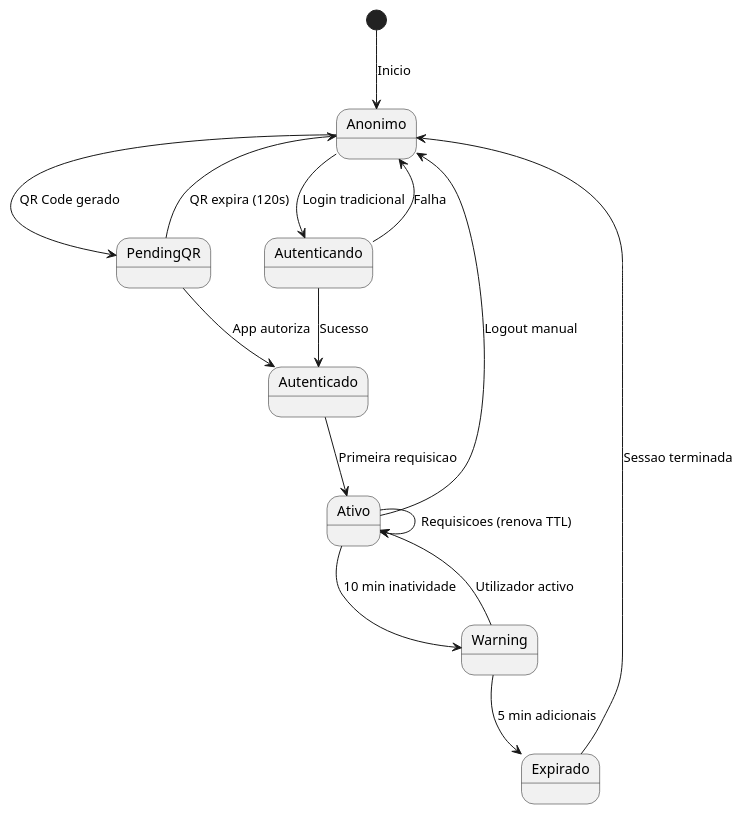
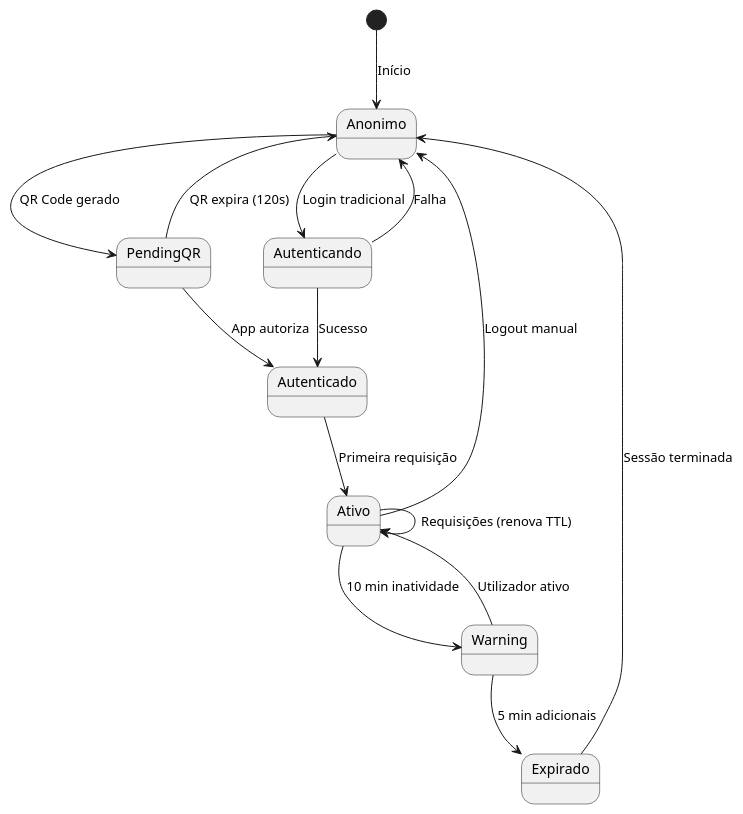
One commit to beduardo/novobanco_website_doc changed the seventh of 7 diagrams in current/definitions/DEF-05-autenticacao-oauth.md. Above: the diagram before and after it, drawn with PlantUML. The commit also changed other lines of this file and 182 other files, not shown here.

````diff
--- a/current/definitions/DEF-05-autenticacao-oauth.md
+++ b/current/definitions/DEF-05-autenticacao-oauth.md
@@ -428,18 +428,18 @@
 ```plantuml
 @startuml
-[*] --> Anonimo : Inicio
+[*] --> Anonimo : Início
 Anonimo --> PendingQR : QR Code gerado
 PendingQR --> Autenticado : App autoriza
 PendingQR --> Anonimo : QR expira (120s)
 Anonimo --> Autenticando : Login tradicional
 Autenticando --> Autenticado : Sucesso
 Autenticando --> Anonimo : Falha
-Autenticado --> Ativo : Primeira requisicao
-Ativo --> Ativo : Requisicoes (renova TTL)
+Autenticado --> Ativo : Primeira requisição
+Ativo --> Ativo : Requisições (renova TTL)
 Ativo --> Warning : 10 min inatividade
-Warning --> Ativo : Utilizador activo
+Warning --> Ativo : Utilizador ativo
 Warning --> Expirado : 5 min adicionais
-Expirado --> Anonimo : Sessao terminada
+Expirado --> Anonimo : Sessão terminada
 Ativo --> Anonimo : Logout manual
 @enduml
 ```
````
